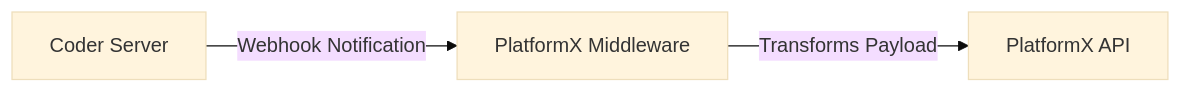
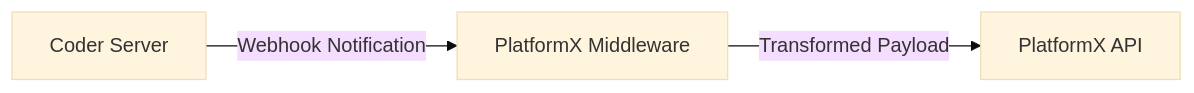
The diagram in README.md (coder/coder-platformx-notifications), drawn with Mermaid (base theme) before and after one commit.

````diff
--- a/README.md
+++ b/README.md
@@ -16,5 +16,5 @@
 ```mermaid
 graph LR;
     Coder[Coder Server] -->|Webhook Notification| Middleware[PlatformX Middleware];
-    Middleware -->|Transforms Payload| PlatformX[PlatformX API];
+    Middleware -->|Transformed Payload| PlatformX[PlatformX API];
 ```
````
